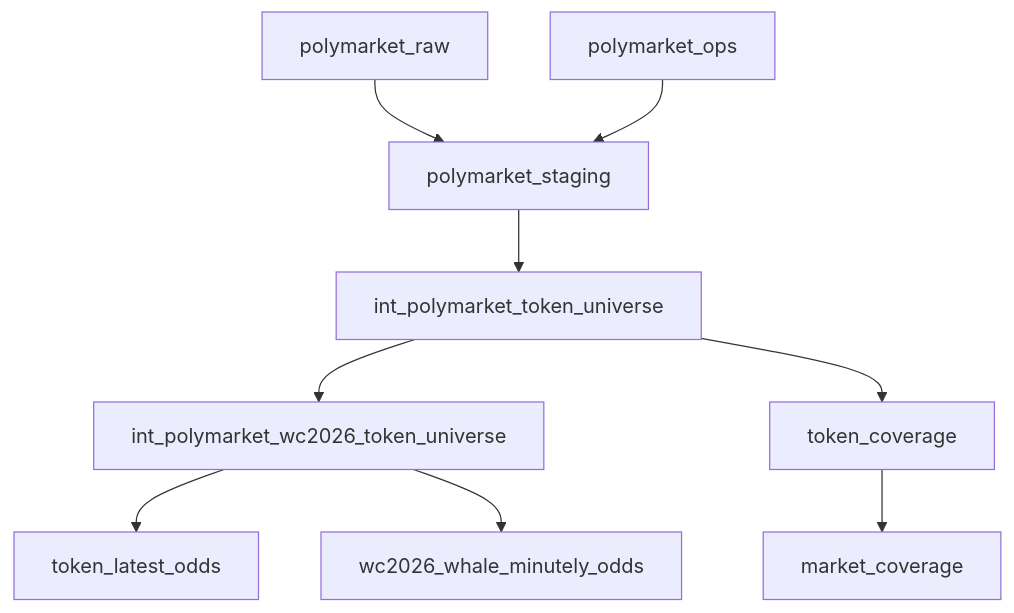
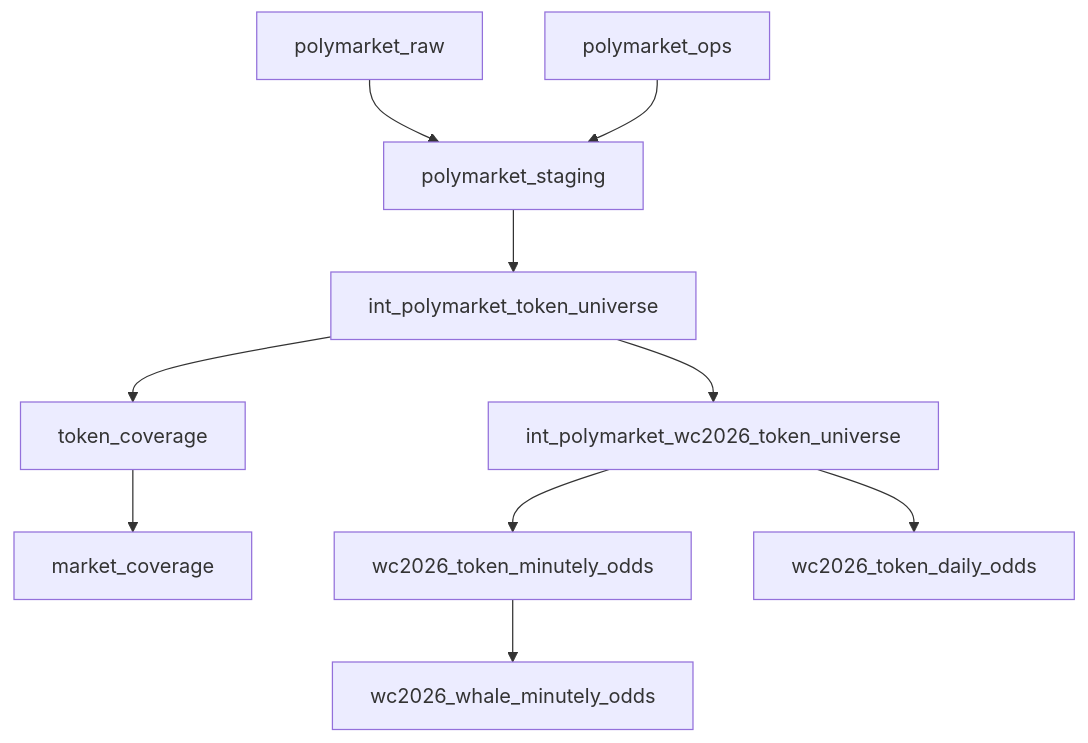
The second of 2 diagrams in docs/architecture.md (hypertrial/oddsfox), drawn with Mermaid before and after one commit. The commit also changed other lines of this file and 26 other files, not shown here.

Commit message:
Replace token_latest_odds with WC2026 full odds time series marts

````diff
--- a/docs/architecture.md
+++ b/docs/architecture.md
@@ -41,11 +41,12 @@
 ```mermaid
 flowchart TD
     raw["polymarket_raw"] --> staging["polymarket_staging"]
     ops["polymarket_ops"] --> staging
     staging --> token_universe["int_polymarket_token_universe"]
     token_universe --> wc_tokens["int_polymarket_wc2026_token_universe"]
     token_universe --> coverage["token_coverage"]
     coverage --> market_coverage["market_coverage"]
-    wc_tokens --> latest["token_latest_odds"]
-    wc_tokens --> whale["wc2026_whale_minutely_odds"]
+    wc_tokens --> minutely["wc2026_token_minutely_odds"]
+    wc_tokens --> daily["wc2026_token_daily_odds"]
+    minutely --> whale["wc2026_whale_minutely_odds"]
 ```
````
